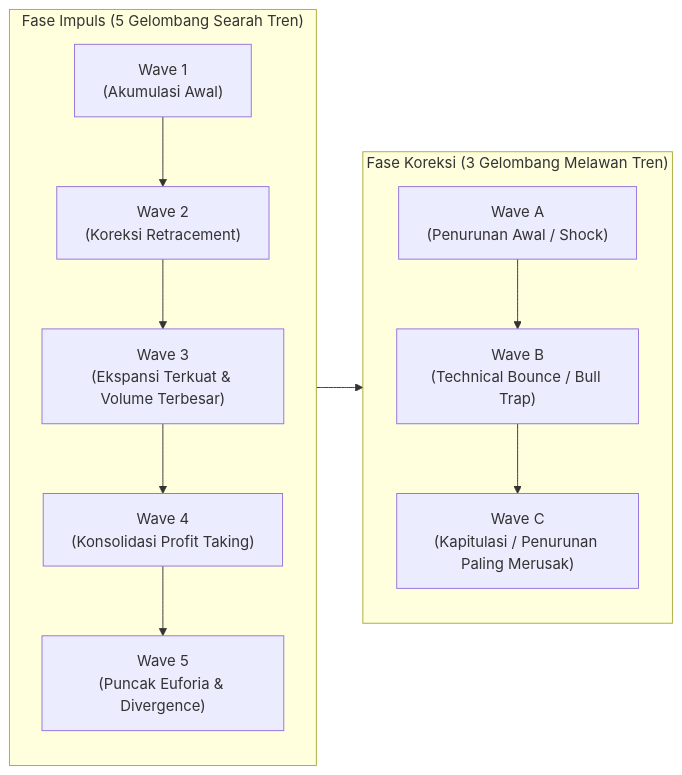
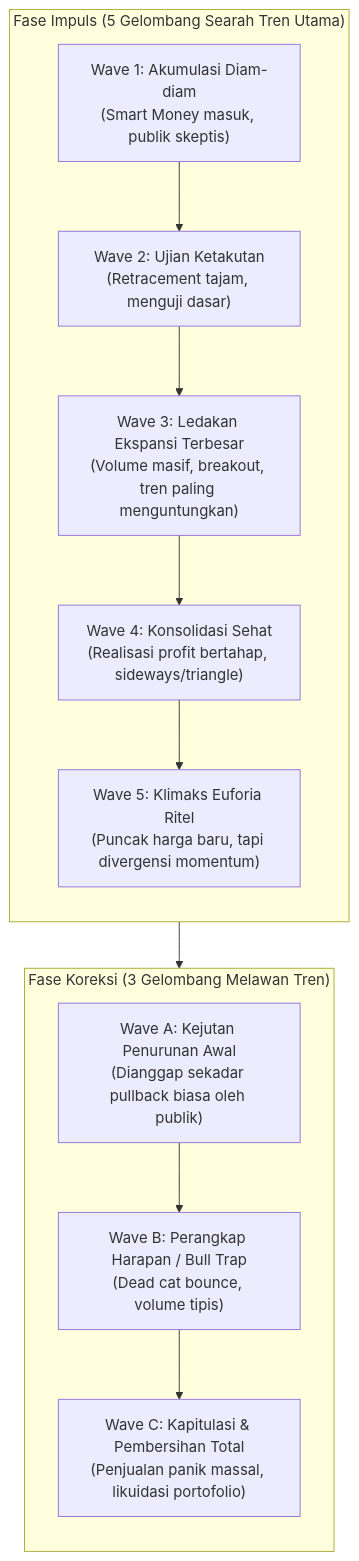
Before and after one commit to AlulCode45/Trading-Learning-Path: the second of 5 diagrams in docs/edianto-ong/22-elliott-wave-theory.md, drawn with Mermaid. The commit also changed other lines of this file and 29 other files, not shown here.

Commit message:
docs(edianto-ong): upgrade all 29 chapters with beginner analogies, diagrams, step-by-step guides, and case studies

````diff
--- a/docs/edianto-ong/22-elliott-wave-theory.md
+++ b/docs/edianto-ong/22-elliott-wave-theory.md
@@ -20,18 +35,18 @@
 ```mermaid
-flowchart LR
-    subgraph MotifPhase["Fase Impuls (5 Gelombang Searah Tren)"]
+flowchart TD
+    subgraph MotifPhase["Fase Impuls (5 Gelombang Searah Tren Utama)"]
         direction TB
-        W1["Wave 1<br/>(Akumulasi Awal)"] --> W2["Wave 2<br/>(Koreksi Retracement)"]
-        W2 --> W3["Wave 3<br/>(Ekspansi Terkuat & Volume Terbesar)"]
-        W3 --> W4["Wave 4<br/>(Konsolidasi Profit Taking)"]
-        W4 --> W5["Wave 5<br/>(Puncak Euforia & Divergence)"]
+        W1["Wave 1: Akumulasi Diam-diam<br/>(Smart Money masuk, publik skeptis)"] --> W2["Wave 2: Ujian Ketakutan<br/>(Retracement tajam, menguji dasar)"]
+        W2 --> W3["Wave 3: Ledakan Ekspansi Terbesar<br/>(Volume masif, breakout, tren paling menguntungkan)"]
+        W3 --> W4["Wave 4: Konsolidasi Sehat<br/>(Realisasi profit bertahap, sideways/triangle)"]
+        W4 --> W5["Wave 5: Klimaks Euforia Ritel<br/>(Puncak harga baru, tapi divergensi momentum)"]
     end
 
     subgraph CorrectivePhase["Fase Koreksi (3 Gelombang Melawan Tren)"]
         direction TB
-        WA["Wave A<br/>(Penurunan Awal / Shock)"] --> WB["Wave B<br/>(Technical Bounce / Bull Trap)"]
-        WB --> WC["Wave C<br/>(Kapitulasi / Penurunan Paling Merusak)"]
+        WA["Wave A: Kejutan Penurunan Awal<br/>(Dianggap sekadar pullback biasa oleh publik)"] --> WB["Wave B: Perangkap Harapan / Bull Trap<br/>(Dead cat bounce, volume tipis)"]
+        WB --> WC["Wave C: Kapitulasi & Pembersihan Total<br/>(Penjualan panik massal, likuidasi portofolio)"]
     end
 
     W5 --> WA
 ```
````
